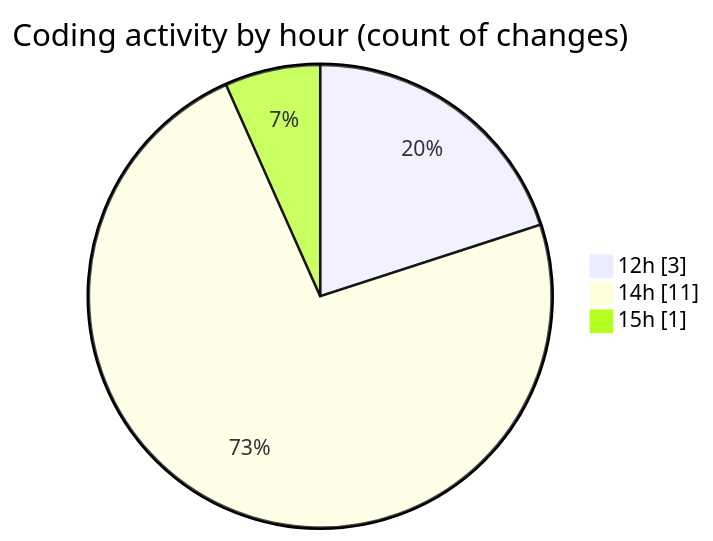
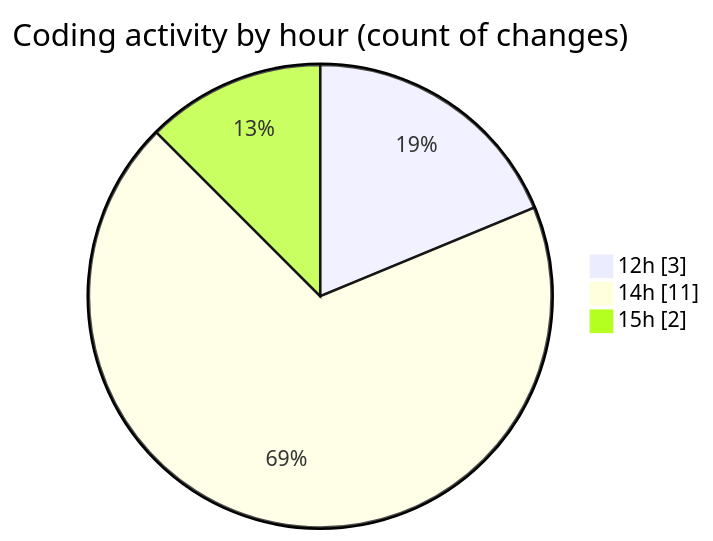
The second of 2 diagrams in 2026-07-27/untitled__workspace_/README.md (debugP/code-tracking), drawn with Mermaid before and after one commit. The commit also changed other lines of this file and 1 other file, not shown here.

````diff
--- a/2026-07-27/untitled__workspace_/README.md
+++ b/2026-07-27/untitled__workspace_/README.md
@@ -31,7 +31,7 @@
 ```mermaid
 pie showData
 title Coding activity by hour (count of changes)
 "12h" : 3
 "14h" : 11
-"15h" : 1
+"15h" : 2
 ```
````
